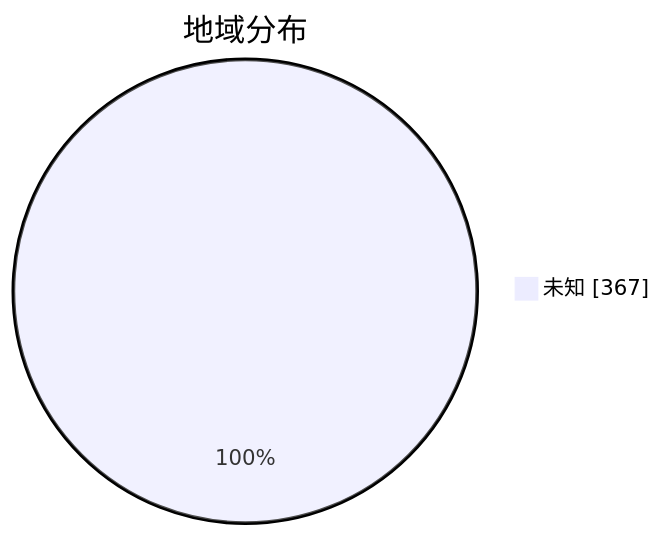
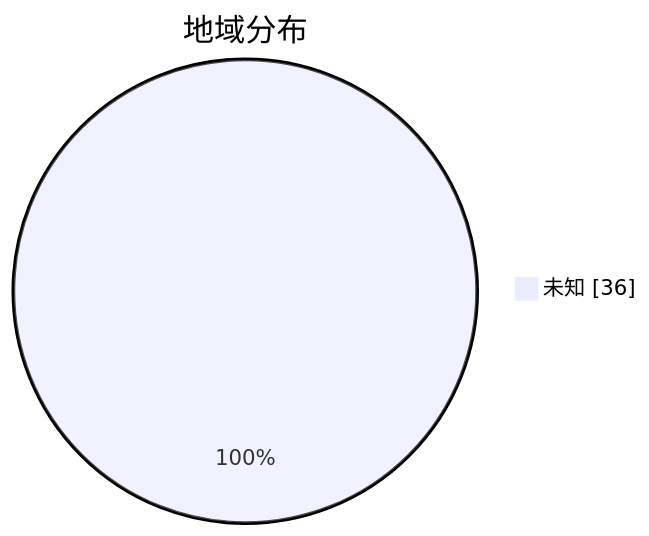
The second of 3 diagrams in subs/statistics/tested_within.md (qjlxg/airport), drawn with Mermaid before and after one commit. The commit also changed other lines of this file and 2 other files, not shown here.

````diff
--- a/subs/statistics/tested_within.md
+++ b/subs/statistics/tested_within.md
@@ -14,5 +9,5 @@
 ```mermaid
 pie showData
 title 地域分布
-"未知" : 367
+"未知" : 36
 ```
````
